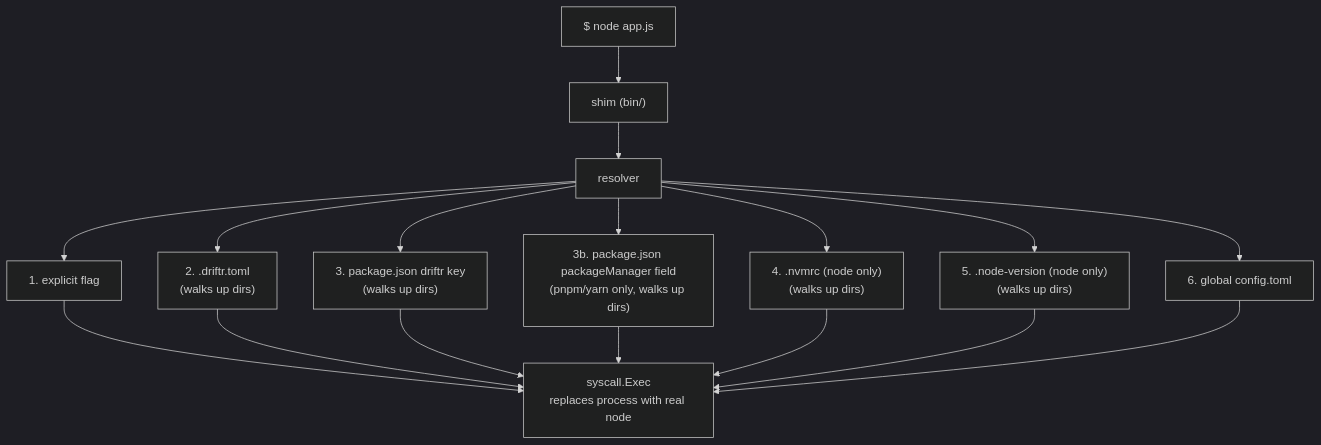
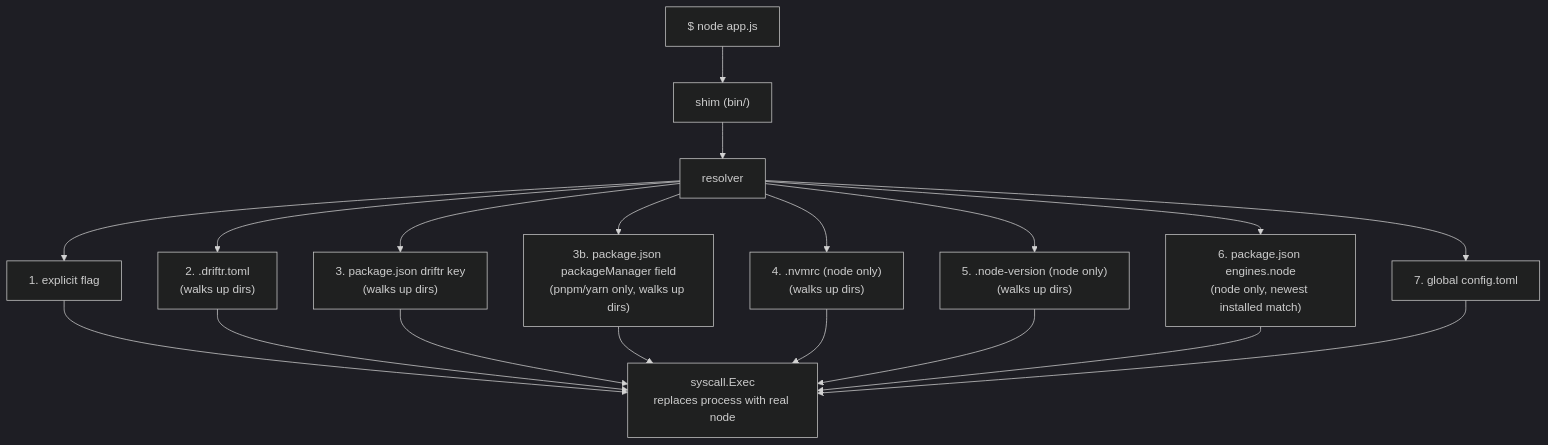
One commit to StackMade/Driftr changed the diagram in README.md. Above: the diagram before and after it, drawn with Mermaid (dark theme). The commit also changed other lines of this file and 11 other files, not shown here.

First line of the commit message:
feat(resolver): resolve node from package.json engines.node

````diff
--- a/README.md
+++ b/README.md
@@ -152,13 +152,14 @@
 ```mermaid
 flowchart TD
     A["$ node app.js"] --> B["shim (bin/)"]
     B --> C["resolver"]
     C --> C1["1. explicit flag"]
     C --> C2["2. .driftr.toml\n(walks up dirs)"]
     C --> C3["3. package.json driftr key\n(walks up dirs)"]
     C --> C4["4. .nvmrc (node only)\n(walks up dirs)"]
     C --> C5["5. .node-version (node only)\n(walks up dirs)"]
-    C --> C6["6. global config.toml"]
+    C --> C6["6. package.json engines.node\n(node only, newest installed match)"]
+    C --> C7["7. global config.toml"]
     C --> C3b["3b. package.json packageManager field\n(pnpm/yarn only, walks up dirs)"]
-    C1 & C2 & C3 & C3b & C4 & C5 & C6 --> D["syscall.Exec\nreplaces process with real node"]
+    C1 & C2 & C3 & C3b & C4 & C5 & C6 & C7 --> D["syscall.Exec\nreplaces process with real node"]
 ```
````
